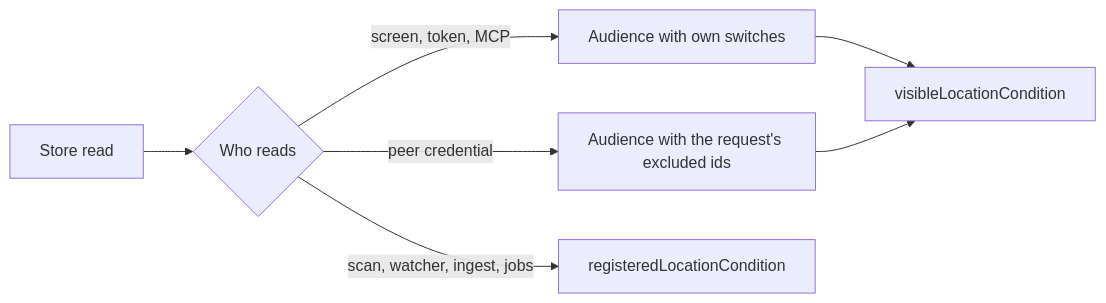
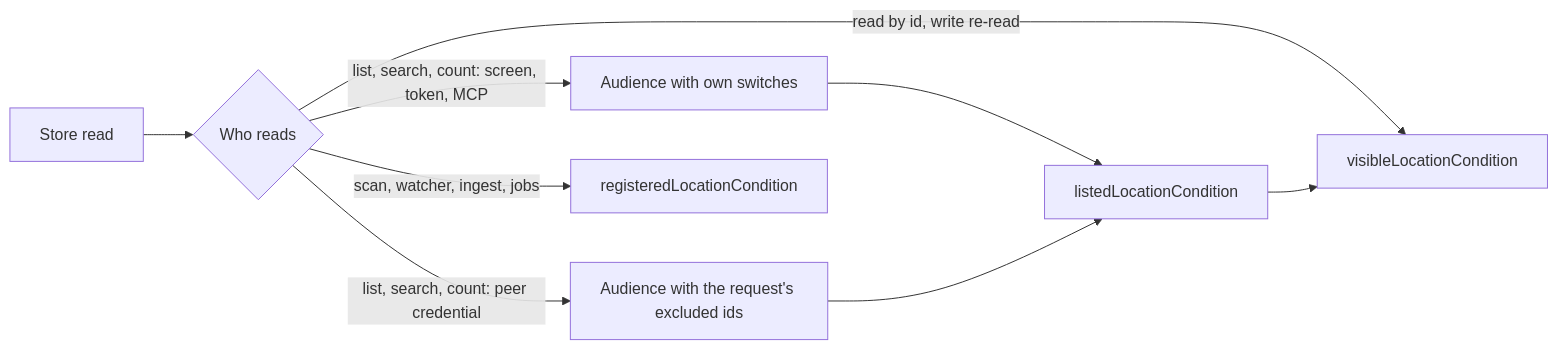
The fourth of 6 diagrams in specs/072-multi-peer-folder-switches/plan.md (syudead/vv), drawn with Mermaid before and after one commit. The commit also changed other lines of this file and 3 other files, not shown here.

````diff
--- a/specs/072-multi-peer-folder-switches/plan.md
+++ b/specs/072-multi-peer-folder-switches/plan.md
@@ -157,9 +158,11 @@
 ```mermaid
 flowchart LR
   read[Store read] --> kind{Who reads}
-  kind -->|screen, token, MCP| own[Audience with own switches]
-  kind -->|peer credential| excl[Audience with the request's excluded ids]
+  kind -->|list, search, count: screen, token, MCP| own[Audience with own switches]
+  kind -->|list, search, count: peer credential| excl[Audience with the request's excluded ids]
+  kind -->|read by id, write re-read| vis[visibleLocationCondition]
   kind -->|scan, watcher, ingest, jobs| reg[registeredLocationCondition]
-  own --> vis[visibleLocationCondition]
-  excl --> vis
+  own --> listed[listedLocationCondition]
+  excl --> listed
+  listed --> vis
 ```
````
